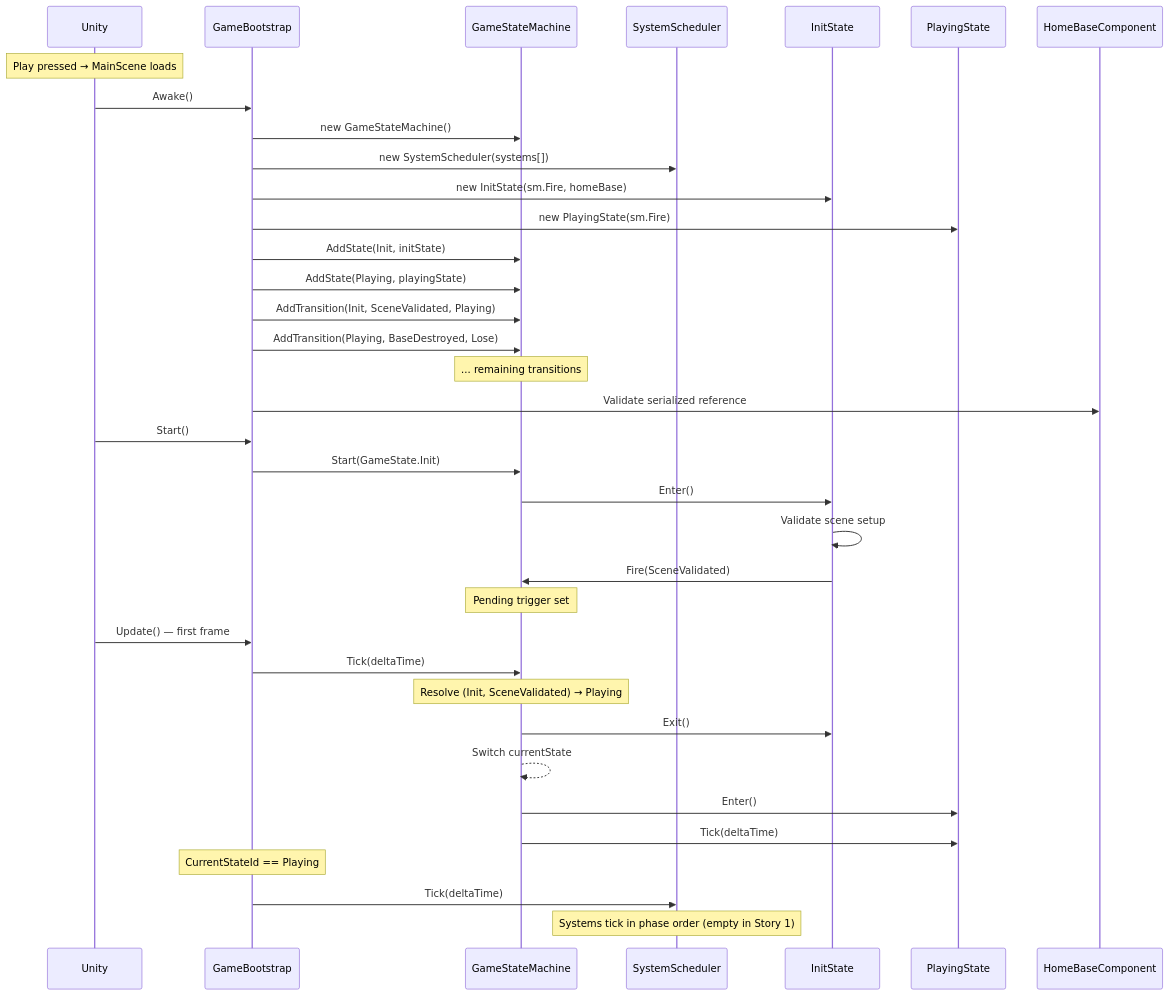
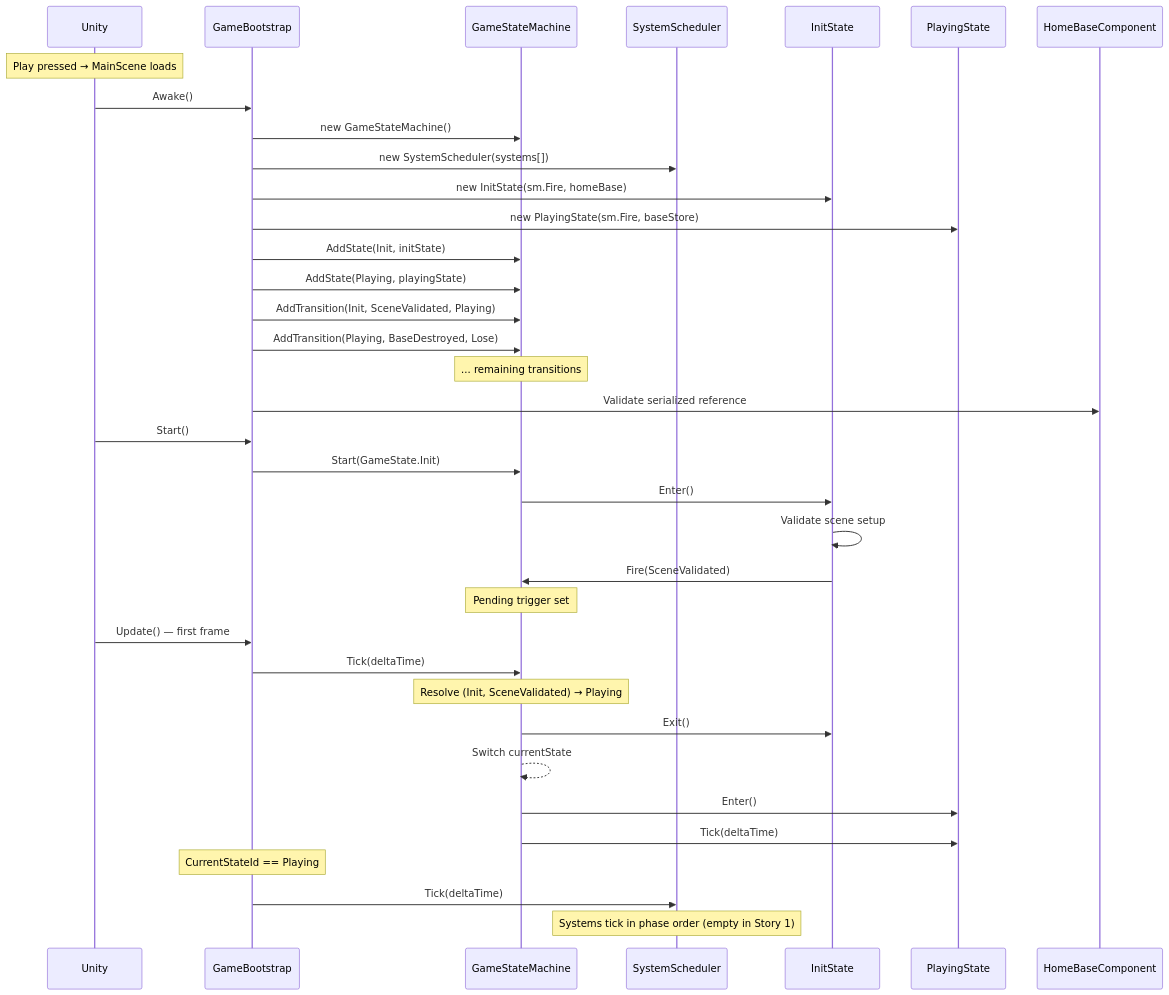
One commit to Number10Ox/MorlocsTowerDefense changed the third of 9 diagrams in Docs/Architecture-Diagrams.md. Above: the diagram before and after it, drawn with Mermaid. The commit also changed other lines of this file and 3 other files, not shown here.

````diff
--- a/Docs/Architecture-Diagrams.md
+++ b/Docs/Architecture-Diagrams.md
@@ -152,44 +152,44 @@
 ```mermaid
 sequenceDiagram
     participant Unity
     participant Bootstrap as GameBootstrap
     participant SM as GameStateMachine
     participant Sched as SystemScheduler
     participant Init as InitState
     participant Playing as PlayingState
     participant Base as HomeBaseComponent
 
     Note over Unity: Play pressed → MainScene loads
 
     Unity->>Bootstrap: Awake()
     Bootstrap->>SM: new GameStateMachine()
     Bootstrap->>Sched: new SystemScheduler(systems[])
     Bootstrap->>Init: new InitState(sm.Fire, homeBase)
-    Bootstrap->>Playing: new PlayingState(sm.Fire)
+    Bootstrap->>Playing: new PlayingState(sm.Fire, baseStore)
     Bootstrap->>SM: AddState(Init, initState)
     Bootstrap->>SM: AddState(Playing, playingState)
     Bootstrap->>SM: AddTransition(Init, SceneValidated, Playing)
     Bootstrap->>SM: AddTransition(Playing, BaseDestroyed, Lose)
     Note over SM: ... remaining transitions
     Bootstrap->>Base: Validate serialized reference
 
     Unity->>Bootstrap: Start()
     Bootstrap->>SM: Start(GameState.Init)
     SM->>Init: Enter()
     Init->>Init: Validate scene setup
     Init->>SM: Fire(SceneValidated)
 
     Note over SM: Pending trigger set
 
     Unity->>Bootstrap: Update() — first frame
     Bootstrap->>SM: Tick(deltaTime)
     Note over SM: Resolve (Init, SceneValidated) → Playing
     SM->>Init: Exit()
     SM-->>SM: Switch currentState
     SM->>Playing: Enter()
     SM->>Playing: Tick(deltaTime)
 
     Note over Bootstrap: CurrentStateId == Playing
     Bootstrap->>Sched: Tick(deltaTime)
     Note over Sched: Systems tick in phase order (empty in Story 1)
 ```
````
